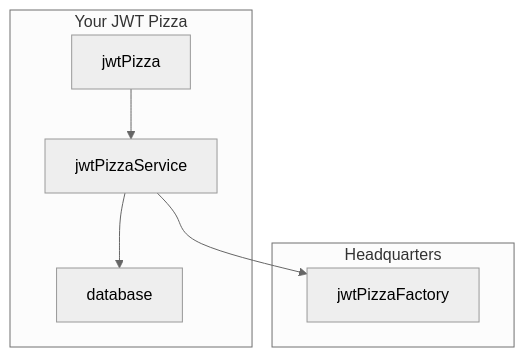
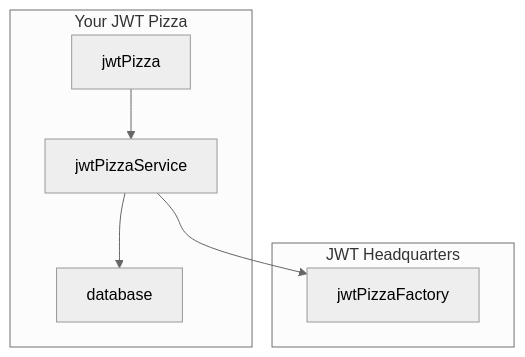
The first of 2 diagrams in instruction/jwtPizza/jwtPizza.md (devops329/devops), drawn with Mermaid (neutral theme) before and after one commit. The commit also changed other lines of this file and 7 other files, not shown here.

````diff
--- a/instruction/jwtPizza/jwtPizza.md
+++ b/instruction/jwtPizza/jwtPizza.md
@@ -21,10 +22,10 @@
 ```mermaid
 graph TB;
     subgraph Your JWT Pizza
     jwtPizza-->jwtPizzaService
     jwtPizzaService-->database
     end
-    subgraph Headquarters
+    subgraph JWT Headquarters
     jwtPizzaService-->jwtPizzaFactory
     end
 ```
````
